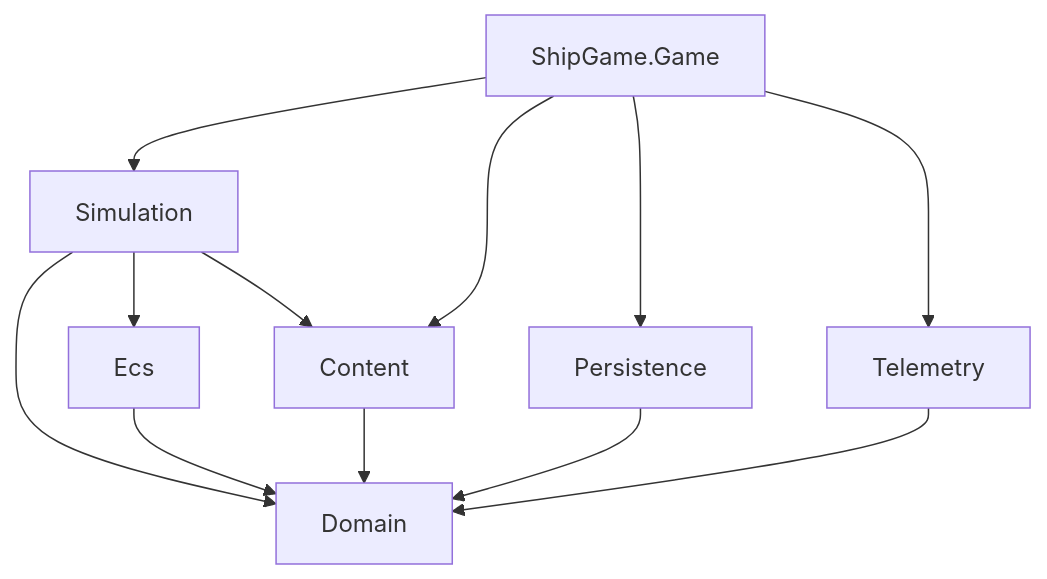
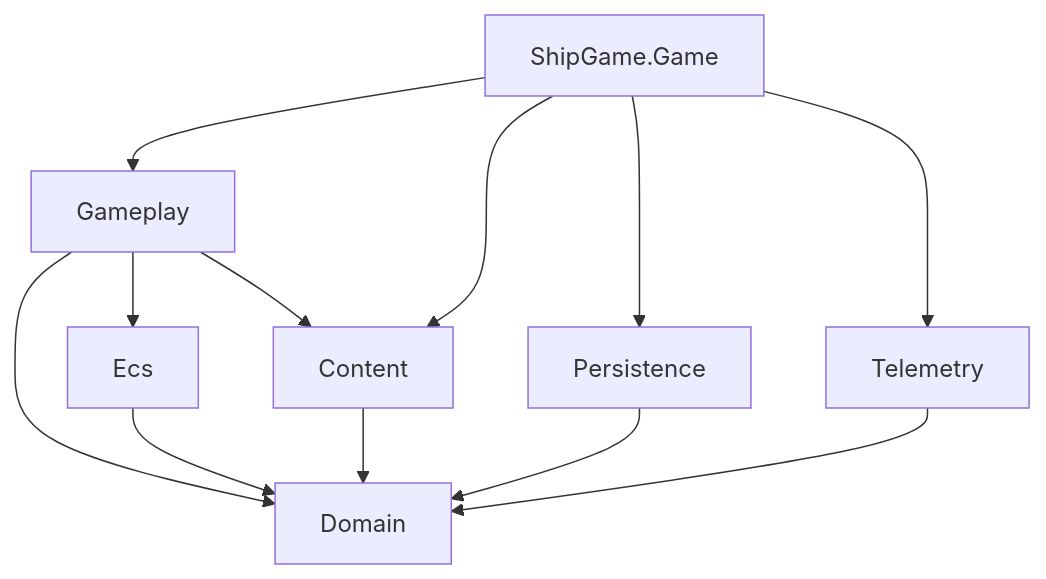
Before and after one commit to pabloordonez/monogame-ship-incremental: the third of 3 diagrams in README.md, drawn with Mermaid. The commit also changed other lines of this file and 259 other files, not shown here.

First line of the commit message:
Refactor simulation to gameplay and update project structure

````diff
--- a/README.md
+++ b/README.md
@@ -49,14 +49,14 @@
 ```mermaid
 flowchart TB
-  Game[ShipGame.Game] --> Simulation
+  Game[ShipGame.Game] --> Gameplay
   Game --> Content
   Game --> Persistence
   Game --> Telemetry
-  Simulation --> Domain
-  Simulation --> Ecs
-  Simulation --> Content
+  Gameplay --> Domain
+  Gameplay --> Ecs
+  Gameplay --> Content
   Content --> Domain
   Persistence --> Domain
   Telemetry --> Domain
   Ecs --> Domain
 ```
````
